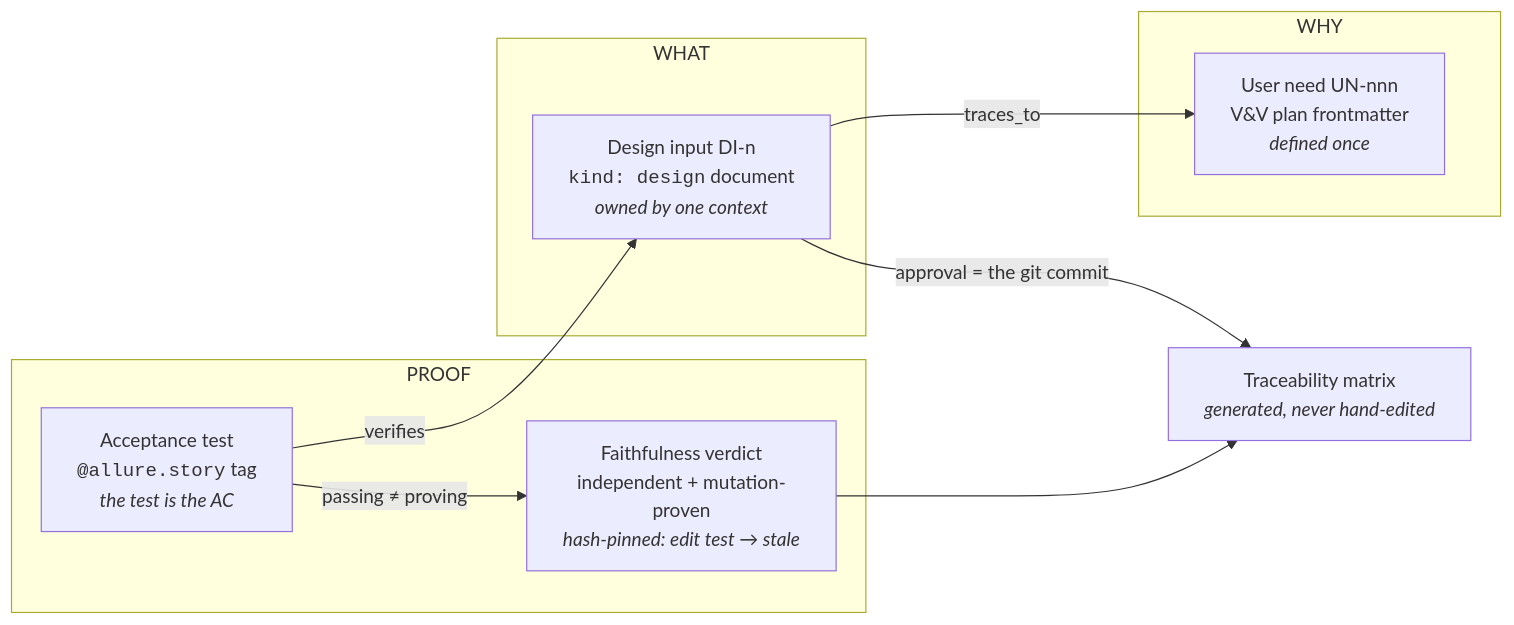
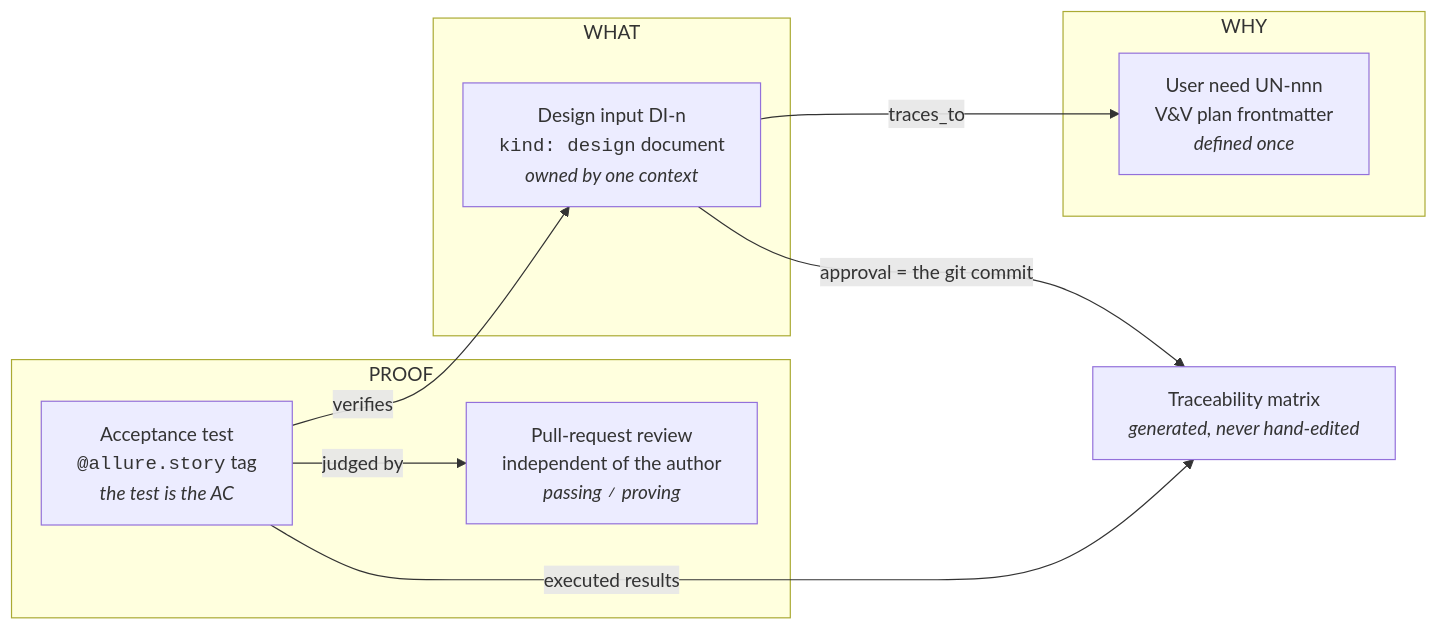
One commit to scope-impact/rdm changed the first of 3 diagrams in docs/index.md. Above: the diagram before and after it, drawn with Mermaid. The commit also changed other lines of this file and 92 other files, not shown here.

````diff
--- a/docs/index.md
+++ b/docs/index.md
@@ -35,18 +35,18 @@
 ```mermaid
 flowchart LR
     subgraph why["WHY"]
         UN["User need UN-nnn<br>V&V plan frontmatter<br><i>defined once</i>"]
     end
     subgraph what["WHAT"]
         DI["Design input DI-n<br><code>kind: design</code> document<br><i>owned by one context</i>"]
     end
     subgraph proof["PROOF"]
         TEST["Acceptance test<br><code>@allure.story</code> tag<br><i>the test is the AC</i>"]
-        VERDICT["Faithfulness verdict<br>independent + mutation-proven<br><i>hash-pinned: edit test → stale</i>"]
+        PR["Pull-request review<br>independent of the author<br><i>passing ≠ proving</i>"]
     end
     DI -- "traces_to" --> UN
     TEST -- "verifies" --> DI
-    TEST -- "passing ≠ proving" --> VERDICT
+    TEST -- "judged by" --> PR
     DI -- "approval = the git commit" --> MATRIX["Traceability matrix<br><i>generated, never hand-edited</i>"]
-    VERDICT --> MATRIX
+    TEST -- "executed results" --> MATRIX
 ```
````
